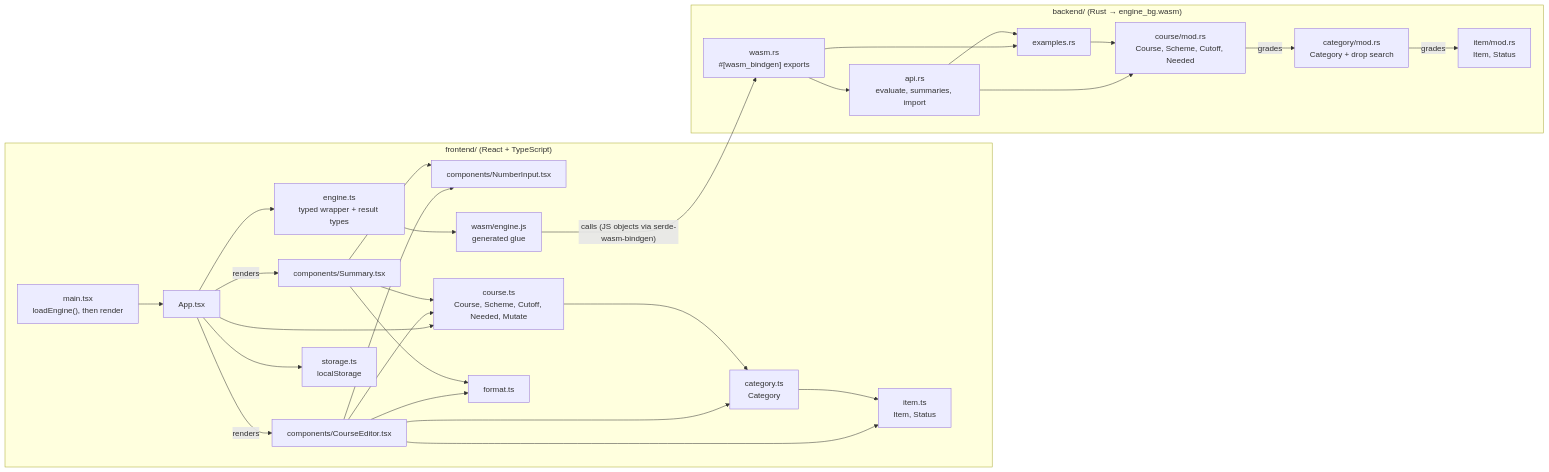
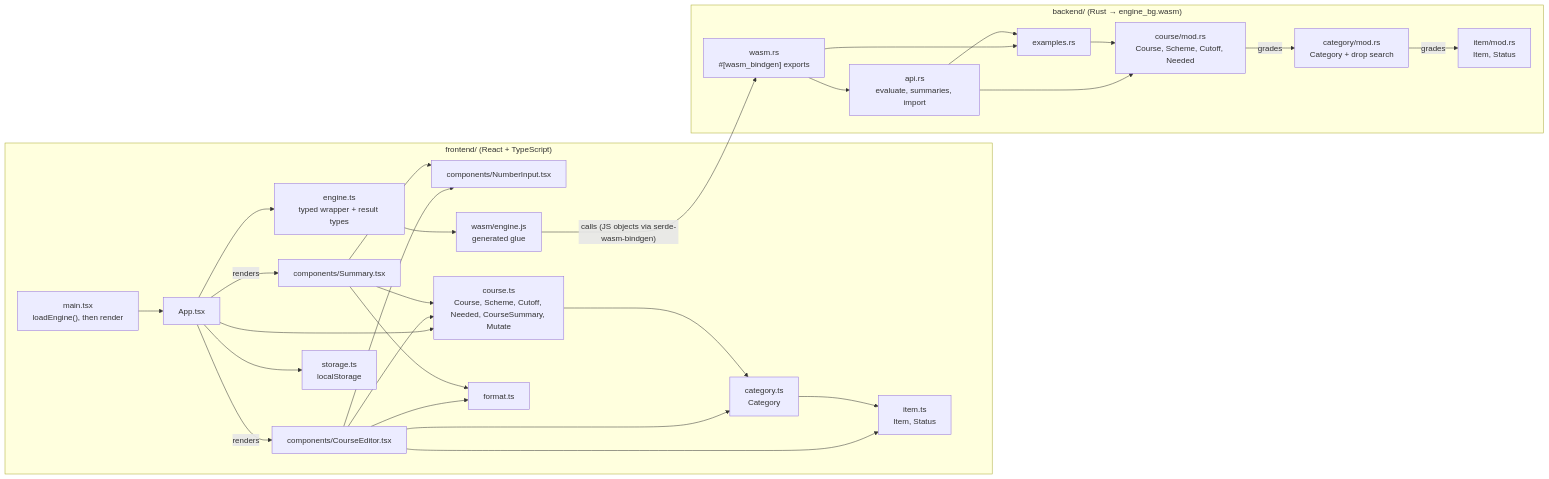
The first of 9 diagrams in docs/uml.md (Patman1O1/grade-calculator), drawn with Mermaid before and after one commit. The commit also changed other lines of this file and 3 other files, not shown here.

First line of the commit message:
Move CourseSummary into course.ts

````diff
--- a/docs/uml.md
+++ b/docs/uml.md
@@ -20,49 +20,49 @@
 ```mermaid
 flowchart LR
   subgraph frontend["frontend/ (React + TypeScript)"]
     main["main.tsx<br/>loadEngine(), then render"]
     App["App.tsx"]
     CourseEditor["components/CourseEditor.tsx"]
     Summary["components/Summary.tsx"]
     NumberInput["components/NumberInput.tsx"]
-    coursets["course.ts<br/>Course, Scheme, Cutoff, Needed, Mutate"]
+    coursets["course.ts<br/>Course, Scheme, Cutoff, Needed, CourseSummary, Mutate"]
     categoryts["category.ts<br/>Category"]
     itemts["item.ts<br/>Item, Status"]
     enginets["engine.ts<br/>typed wrapper + result types"]
     glue["wasm/engine.js<br/>generated glue"]
     storage["storage.ts<br/>localStorage"]
     format["format.ts"]
   end
   subgraph engine["backend/ (Rust → engine_bg.wasm)"]
     wasm["wasm.rs<br/>#[wasm_bindgen] exports"]
     api["api.rs<br/>evaluate, summaries, import"]
     item["item/mod.rs<br/>Item, Status"]
     category["category/mod.rs<br/>Category + drop search"]
     course["course/mod.rs<br/>Course, Scheme, Cutoff, Needed"]
     examples["examples.rs"]
   end
 
   main --> App
   App --> enginets --> glue
   App --> storage
   App -->|renders| CourseEditor
   App -->|renders| Summary
   CourseEditor --> NumberInput
   Summary --> NumberInput
   CourseEditor --> format
   Summary --> format
   App --> coursets
   CourseEditor --> coursets
   CourseEditor --> categoryts
   CourseEditor --> itemts
   Summary --> coursets
   coursets --> categoryts --> itemts
   glue -->|"calls (JS objects via serde-wasm-bindgen)"| wasm
   wasm --> api
   wasm --> examples
   api --> course
   api --> examples
   examples --> course
   course -->|grades| category
   category -->|grades| item
 ```
````
